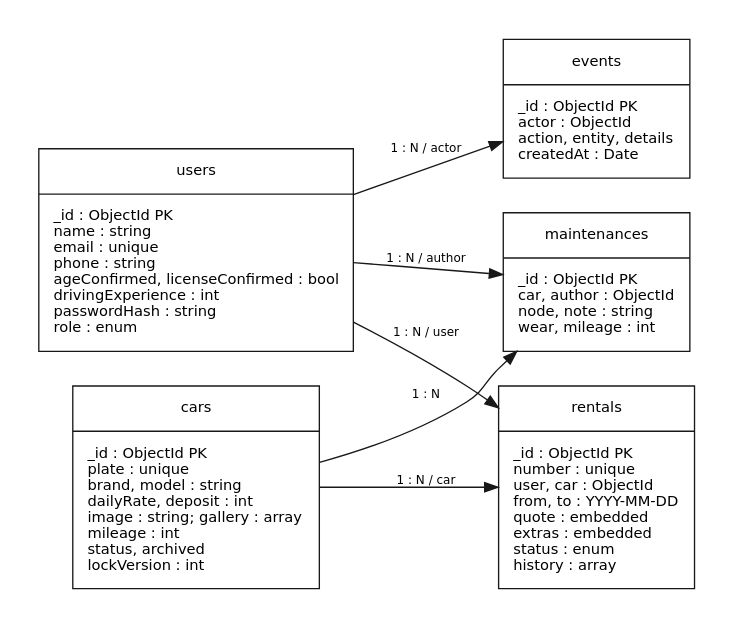
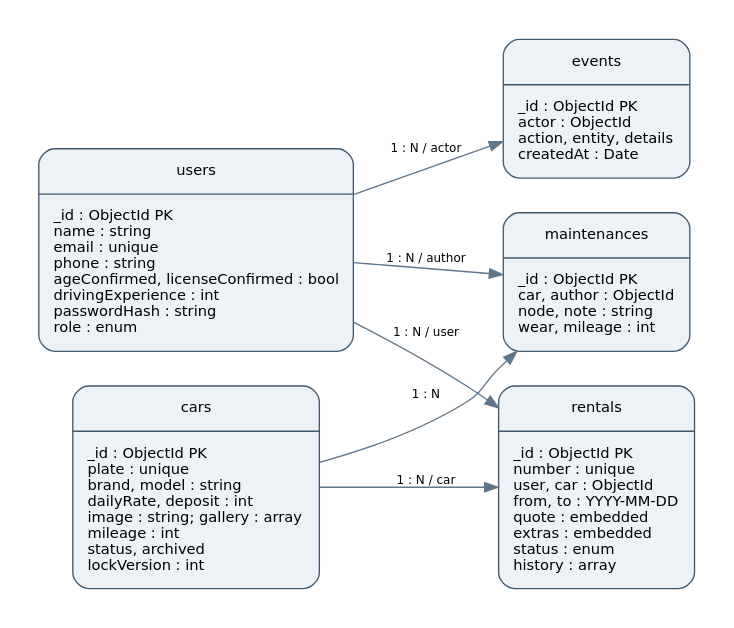
Before and after one commit to alexander2007B/cursovaya: the diagram in docs/diagrams/er.dot, drawn with Graphviz. The commit also changed 33 other files, not shown here.

Commit message:
Restore original diagram layouts with subtle blue-grey colors

```diff
--- a/docs/diagrams/er.dot
+++ b/docs/diagrams/er.dot
@@ -1,1 +1,1 @@
-digraph G {graph [fontname="DejaVu Sans",bgcolor="white",pad="0.3",ranksep="0.65",nodesep="0.35"]; node [fontname="DejaVu Sans",fontsize=11,shape=box,style="filled",fillcolor="white",color="#181818",margin="0.15"]; edge [fontname="DejaVu Sans",fontsize=9,color="#181818"];rankdir=LR; node[shape=record]; users[label="users|_id : ObjectId PK\lname : string\lemail : unique\lphone : string\lageConfirmed, licenseConfirmed : bool\ldrivingExperience : int\lpasswordHash : string\lrole : enum\l"]; cars[label="cars|_id : ObjectId PK\lplate : unique\lbrand, model : string\ldailyRate, deposit : int\limage : string; gallery : array\lmileage : int\lstatus, archived\llockVersion : int\l"]; rentals[label="rentals|_id : ObjectId PK\lnumber : unique\luser, car : ObjectId\lfrom, to : YYYY-MM-DD\lquote : embedded\lextras : embedded\lstatus : enum\lhistory : array\l"]; maintenance[label="maintenances|_id : ObjectId PK\lcar, author : ObjectId\lnode, note : string\lwear, mileage : int\l"]; events[label="events|_id : ObjectId PK\lactor : ObjectId\laction, entity, details\lcreatedAt : Date\l"]; users->rentals[label="1 : N / user"]; cars->rentals[label="1 : N / car"]; cars->maintenance[label="1 : N"];users->maintenance[label="1 : N / author"];users->events[label="1 : N / actor"];}
+digraph G {graph [fontname="DejaVu Sans",bgcolor="white",pad="0.3",ranksep="0.65",nodesep="0.35"]; node [fontname="DejaVu Sans",fontsize=11,shape=box,style="rounded,filled",fillcolor="#edf2f7",color="#425a70",margin="0.15"]; edge [fontname="DejaVu Sans",fontsize=9,color="#60768a"];rankdir=LR; node[shape=record]; users[label="users|_id : ObjectId PK\lname : string\lemail : unique\lphone : string\lageConfirmed, licenseConfirmed : bool\ldrivingExperience : int\lpasswordHash : string\lrole : enum\l"]; cars[label="cars|_id : ObjectId PK\lplate : unique\lbrand, model : string\ldailyRate, deposit : int\limage : string; gallery : array\lmileage : int\lstatus, archived\llockVersion : int\l"]; rentals[label="rentals|_id : ObjectId PK\lnumber : unique\luser, car : ObjectId\lfrom, to : YYYY-MM-DD\lquote : embedded\lextras : embedded\lstatus : enum\lhistory : array\l"]; maintenance[label="maintenances|_id : ObjectId PK\lcar, author : ObjectId\lnode, note : string\lwear, mileage : int\l"]; events[label="events|_id : ObjectId PK\lactor : ObjectId\laction, entity, details\lcreatedAt : Date\l"]; users->rentals[label="1 : N / user"]; cars->rentals[label="1 : N / car"]; cars->maintenance[label="1 : N"];users->maintenance[label="1 : N / author"];users->events[label="1 : N / actor"];}
```
